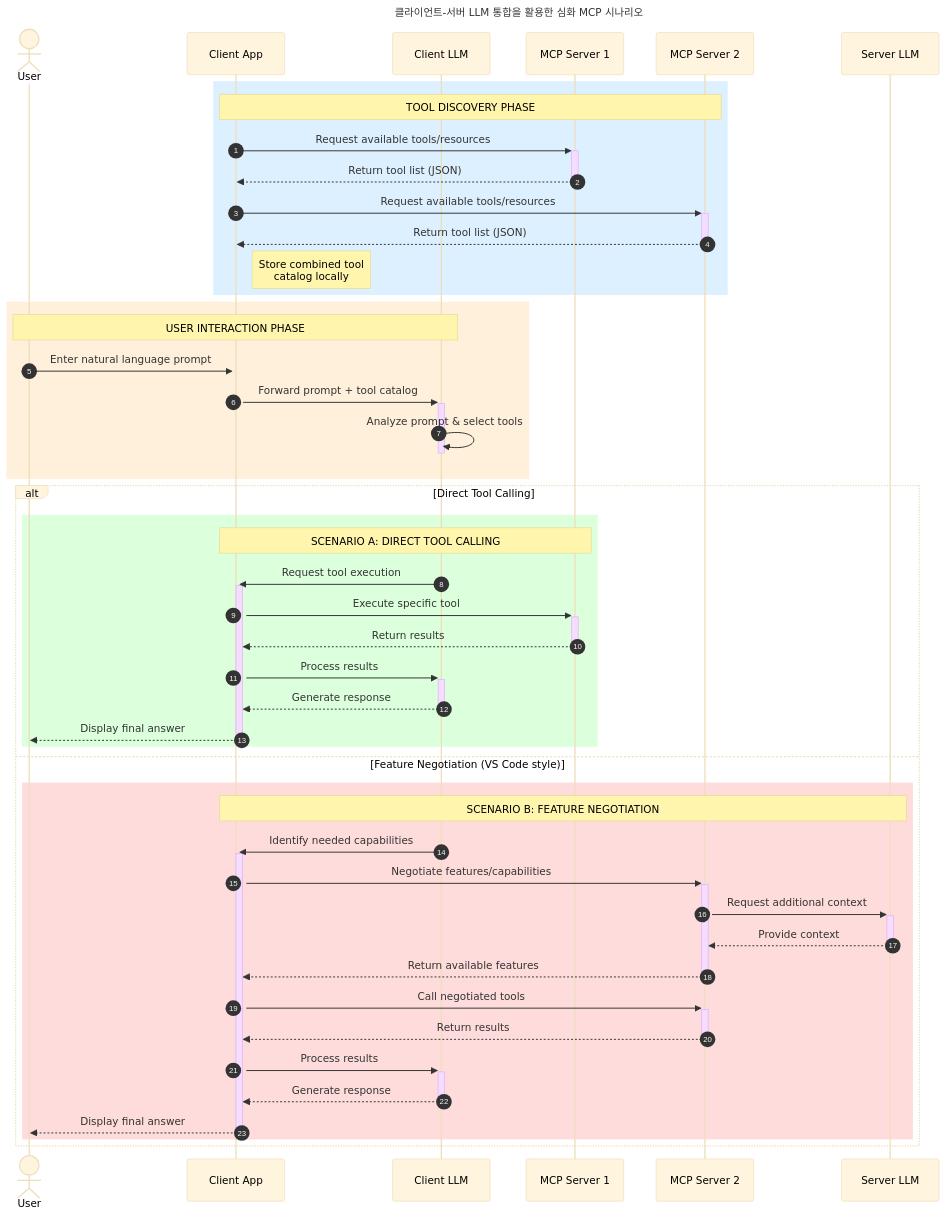
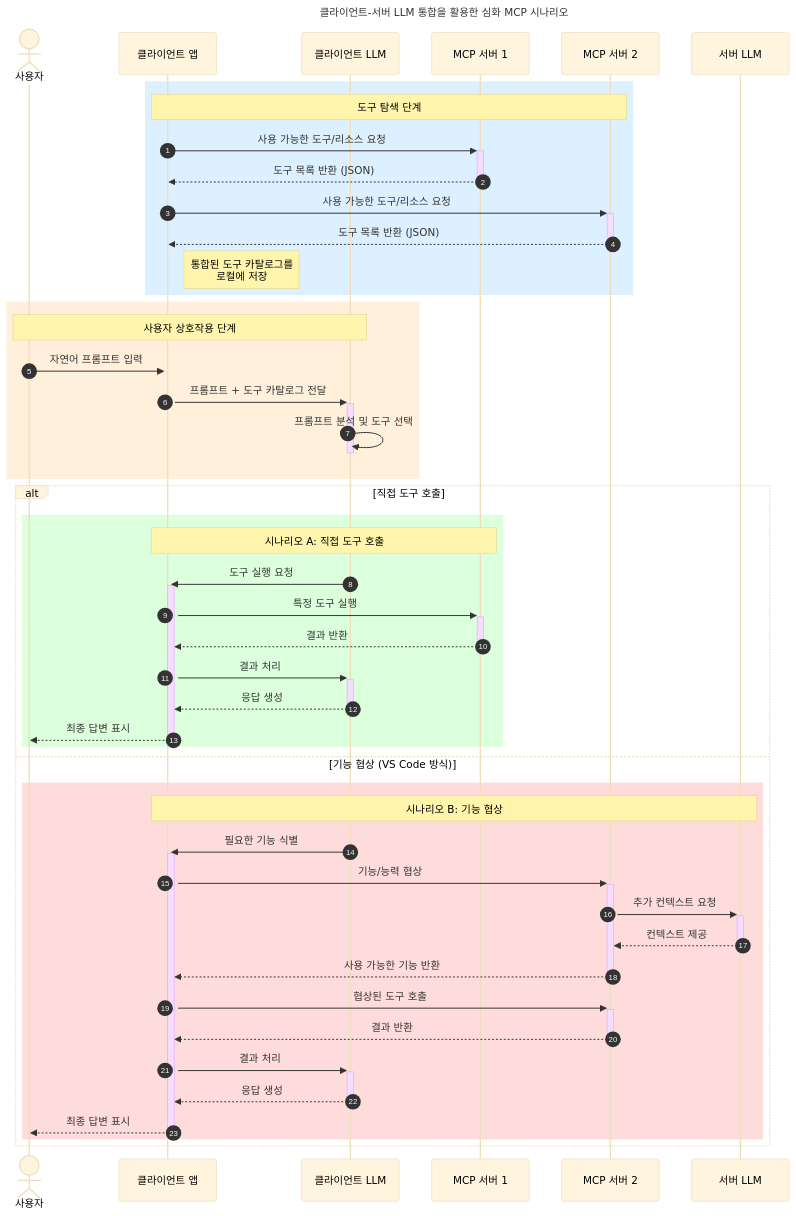
One commit to SPK-Corp/public-microsoft-copilot-studio-mcp changed the third of 3 diagrams in 0. 기초/0.md. Above: the diagram before and after it, drawn with Mermaid. The commit also changed 4 other files, not shown here.

````diff
--- a/0. 기초/0.md
+++ b/0. 기초/0.md
@@ -216,62 +216,62 @@
 ```mermaid
 ---
 title: 클라이언트-서버 LLM 통합을 활용한 심화 MCP 시나리오
 description: A sequence diagram showing the detailed interaction flow between user, client application, client LLM, multiple MCP servers, and server LLM, illustrating tool discovery, user interaction, direct tool calling, and feature negotiation phases
 ---
 %%{init: {'theme':'base', 'themeVariables': {'actorTextColor':'#000', 'labelTextColor':'#000', 'noteTextColor':'#000'}}}%%
 sequenceDiagram
     autonumber
-    actor User as User
-    participant ClientApp as Client App
-    participant ClientLLM as Client LLM
-    participant Server1 as MCP Server 1
-    participant Server2 as MCP Server 2
-    participant ServerLLM as Server LLM
+    actor User as 사용자
+    participant ClientApp as 클라이언트 앱
+    participant ClientLLM as 클라이언트 LLM
+    participant Server1 as MCP 서버 1
+    participant Server2 as MCP 서버 2
+    participant ServerLLM as 서버 LLM
     
     %% Discovery Phase
     rect rgb(220, 240, 255)
-        Note over ClientApp, Server2: TOOL DISCOVERY PHASE
-        ClientApp->>+Server1: Request available tools/resources
-        Server1-->>-ClientApp: Return tool list (JSON)
-        ClientApp->>+Server2: Request available tools/resources
-        Server2-->>-ClientApp: Return tool list (JSON)
-        Note right of ClientApp: Store combined tool<br/>catalog locally
+        Note over ClientApp, Server2: 도구 탐색 단계
+        ClientApp->>+Server1: 사용 가능한 도구/리소스 요청
+        Server1-->>-ClientApp: 도구 목록 반환 (JSON)
+        ClientApp->>+Server2: 사용 가능한 도구/리소스 요청
+        Server2-->>-ClientApp: 도구 목록 반환 (JSON)
+        Note right of ClientApp: 통합된 도구 카탈로그를<br/>로컬에 저장
     end
     
     %% User Interaction
     rect rgb(255, 240, 220)
-        Note over User, ClientLLM: USER INTERACTION PHASE
-        User->>+ClientApp: Enter natural language prompt
-        ClientApp->>+ClientLLM: Forward prompt + tool catalog
-        ClientLLM->>-ClientLLM: Analyze prompt & select tools
+        Note over User, ClientLLM: 사용자 상호작용 단계
+        User->>+ClientApp: 자연어 프롬프트 입력
+        ClientApp->>+ClientLLM: 프롬프트 + 도구 카탈로그 전달
+        ClientLLM->>-ClientLLM: 프롬프트 분석 및 도구 선택
     end
     
     %% Scenario A: Direct Tool Calling
-    alt Direct Tool Calling
+    alt 직접 도구 호출
         rect rgb(220, 255, 220)
-            Note over ClientApp, Server1: SCENARIO A: DIRECT TOOL CALLING
-            ClientLLM->>+ClientApp: Request tool execution
-            ClientApp->>+Server1: Execute specific tool
-            Server1-->>-ClientApp: Return results
-            ClientApp->>+ClientLLM: Process results
-            ClientLLM-->>-ClientApp: Generate response
-            ClientApp-->>-User: Display final answer
+            Note over ClientApp, Server1: 시나리오 A: 직접 도구 호출
+            ClientLLM->>+ClientApp: 도구 실행 요청
+            ClientApp->>+Server1: 특정 도구 실행
+            Server1-->>-ClientApp: 결과 반환
+            ClientApp->>+ClientLLM: 결과 처리
+            ClientLLM-->>-ClientApp: 응답 생성
+            ClientApp-->>-User: 최종 답변 표시
         end
     
     %% Scenario B: Feature Negotiation (VS Code style)
-    else Feature Negotiation (VS Code style)
+    else 기능 협상 (VS Code 방식)
         rect rgb(255, 220, 220)
-            Note over ClientApp, ServerLLM: SCENARIO B: FEATURE NEGOTIATION
-            ClientLLM->>+ClientApp: Identify needed capabilities
-            ClientApp->>+Server2: Negotiate features/capabilities
-            Server2->>+ServerLLM: Request additional context
-            ServerLLM-->>-Server2: Provide context
-            Server2-->>-ClientApp: Return available features
-            ClientApp->>+Server2: Call negotiated tools
-            Server2-->>-ClientApp: Return results
-            ClientApp->>+ClientLLM: Process results
-            ClientLLM-->>-ClientApp: Generate response
-            ClientApp-->>-User: Display final answer
+            Note over ClientApp, ServerLLM: 시나리오 B: 기능 협상
+            ClientLLM->>+ClientApp: 필요한 기능 식별
+            ClientApp->>+Server2: 기능/능력 협상
+            Server2->>+ServerLLM: 추가 컨텍스트 요청
+            ServerLLM-->>-Server2: 컨텍스트 제공
+            Server2-->>-ClientApp: 사용 가능한 기능 반환
+            ClientApp->>+Server2: 협상된 도구 호출
+            Server2-->>-ClientApp: 결과 반환
+            ClientApp->>+ClientLLM: 결과 처리
+            ClientLLM-->>-ClientApp: 응답 생성
+            ClientApp-->>-User: 최종 답변 표시
         end
     end
 ```
````
